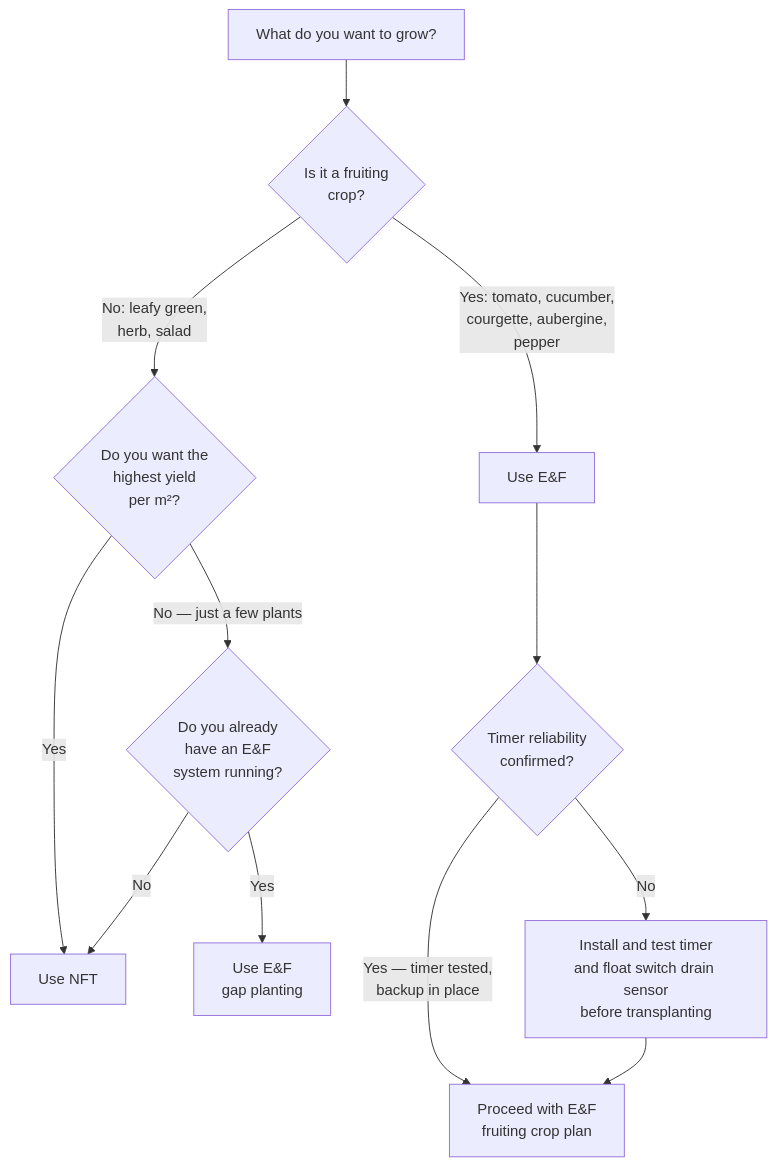
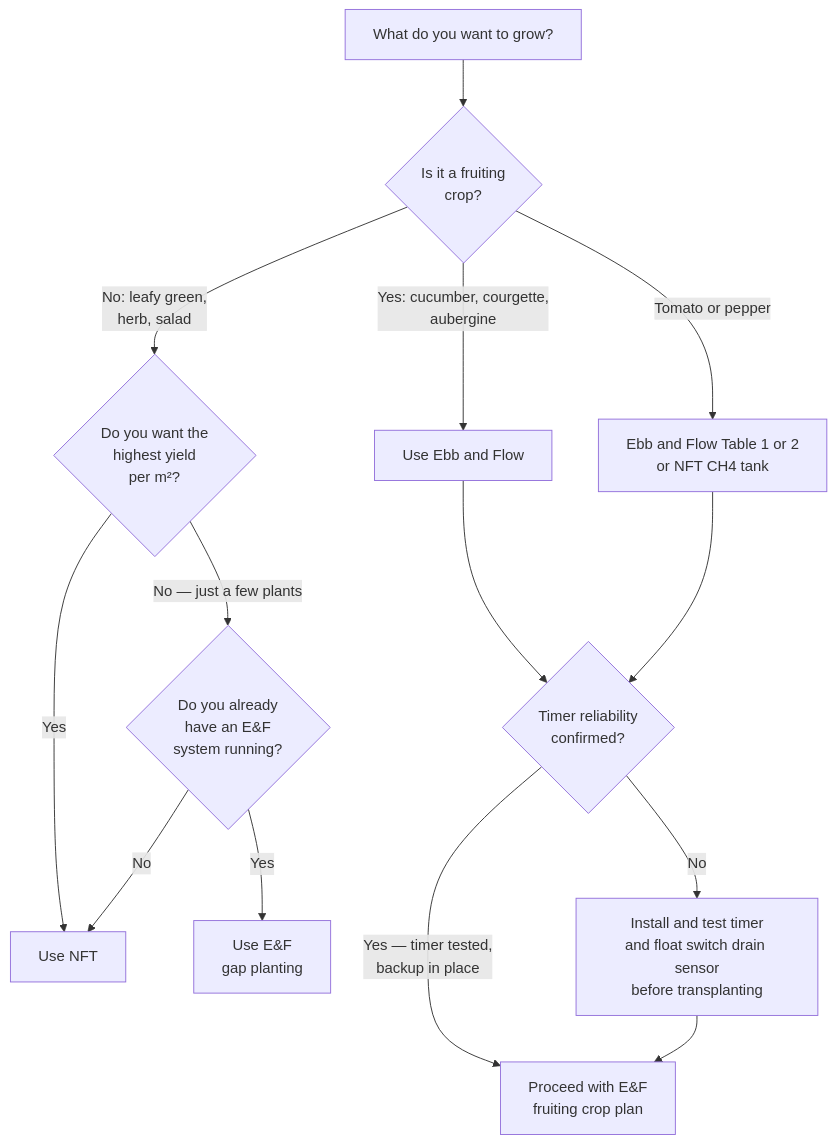
Before and after one commit to UncleJS/guide_hydroponics: the diagram in guide/compare/02-crops.md, drawn with Mermaid. The commit also changed other lines of this file and 35 other files, not shown here.

````diff
--- a/guide/compare/02-crops.md
+++ b/guide/compare/02-crops.md
@@ -486,14 +486,16 @@
 ```mermaid
 graph TD
   A[What do you want to grow?] --> B{Is it a fruiting<br/>crop?}
-  B -->|Yes: tomato, cucumber,<br/>courgette, aubergine,<br/>pepper| C[Use E&F]
+  B -->|Yes: cucumber, courgette,<br/>aubergine| C[Use Ebb and Flow]
+  B -->|Tomato or pepper| C2[Ebb and Flow Table 1 or 2<br/>or NFT CH4 tank]
   B -->|No: leafy green,<br/>herb, salad| D{Do you want the<br/>highest yield<br/>per m²?}
   D -->|Yes| E[Use NFT]
   D -->|No — just a few plants| F{Do you already<br/>have an E&F<br/>system running?}
   F -->|Yes| G[Use E&F<br/>gap planting]
   F -->|No| E
   C --> H{Timer reliability<br/>confirmed?}
+  C2 --> H
   H -->|Yes — timer tested,<br/>backup in place| I[Proceed with E&F<br/>fruiting crop plan]
   H -->|No| J[Install and test timer<br/>and float switch drain sensor<br/>before transplanting]
   J --> I
 ```
````
